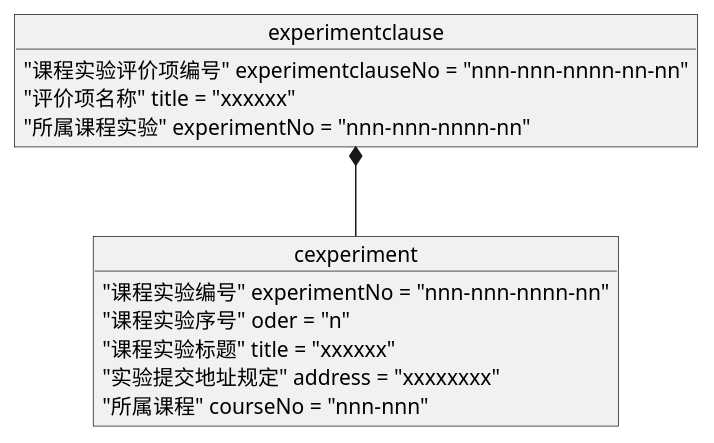
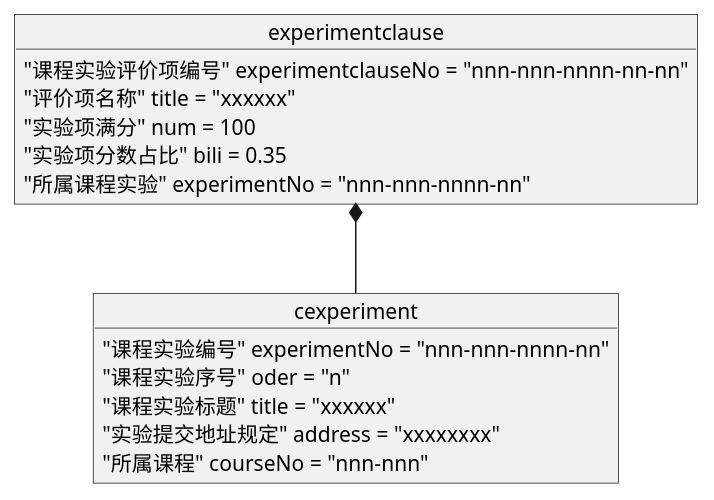
The fifth of 10 diagrams in test6/objectView.pu (201610414130/is_analysis-4), drawn with PlantUML before and after one commit. The commit also changed other lines of this file and 7 other files, not shown here.

```diff
--- a/test6/objectView.pu
+++ b/test6/objectView.pu
@@ -57,15 +57,17 @@
 @startuml cexperiment
 object cexperiment{
     "课程实验编号" experimentNo = "nnn-nnn-nnnn-nn"
     "课程实验序号" oder = "n"
     "课程实验标题" title = "xxxxxx"
     "实验提交地址规定" address = "xxxxxxxx"
     "所属课程" courseNo = "nnn-nnn"
 }
 object experimentclause{
     "课程实验评价项编号" experimentclauseNo = "nnn-nnn-nnnn-nn-nn"
     "评价项名称" title = "xxxxxx"
+    "实验项满分" num = 100
+    "实验项分数占比" bili = 0.35
     "所属课程实验" experimentNo = "nnn-nnn-nnnn-nn"
 }
 experimentclause *-- cexperiment
 @enduml
```
